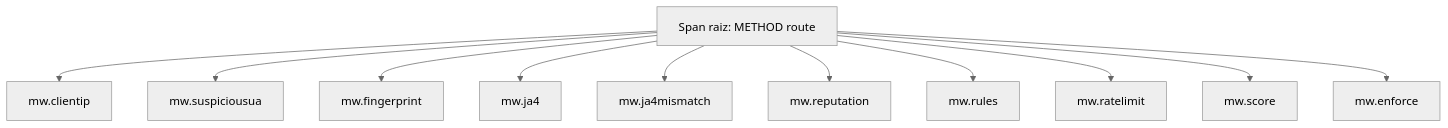
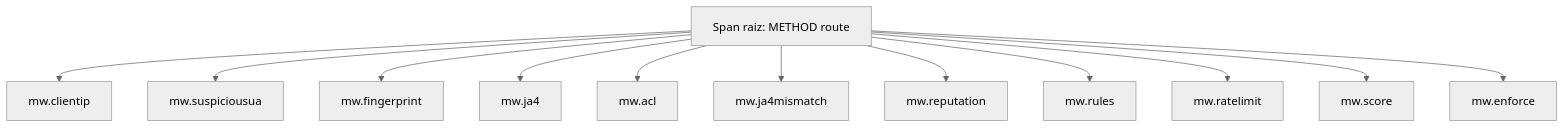
The eighth of 11 diagrams in README.md (fharias/guardian-scrapy), drawn with Mermaid (neutral theme) before and after one commit. The commit also changed other lines of this file and 3 other files, not shown here.

````diff
--- a/README.md
+++ b/README.md
@@ -275,14 +281,15 @@
 ```mermaid
 flowchart TD
   root["Span raiz: METHOD route"]
   root --> a[mw.clientip]
   root --> b[mw.suspiciousua]
   root --> c[mw.fingerprint]
   root --> d[mw.ja4]
+  root --> acl[mw.acl]
   root --> e[mw.ja4mismatch]
   root --> r[mw.reputation]
   root --> f[mw.rules]
   root --> g[mw.ratelimit]
   root --> h[mw.score]
   root --> i[mw.enforce]
 ```
````
